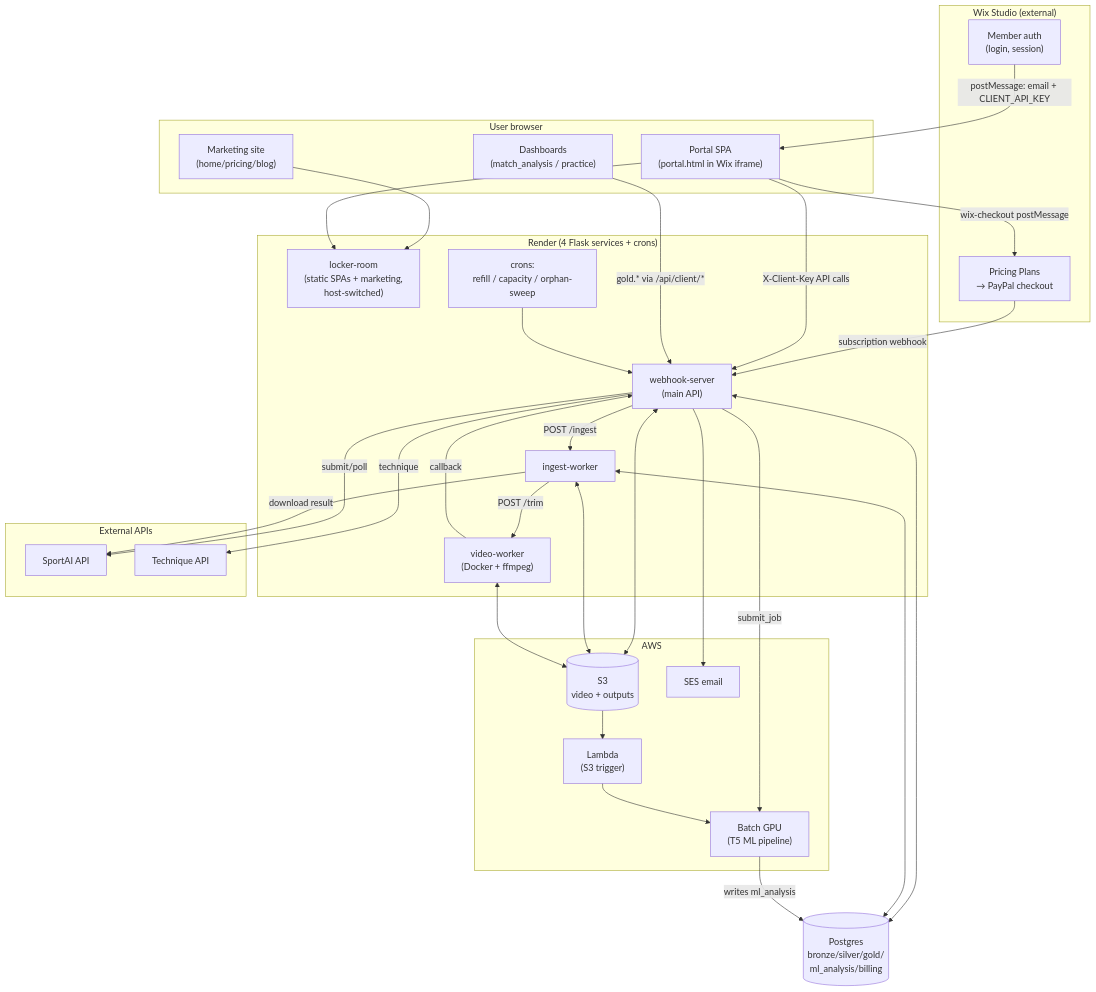
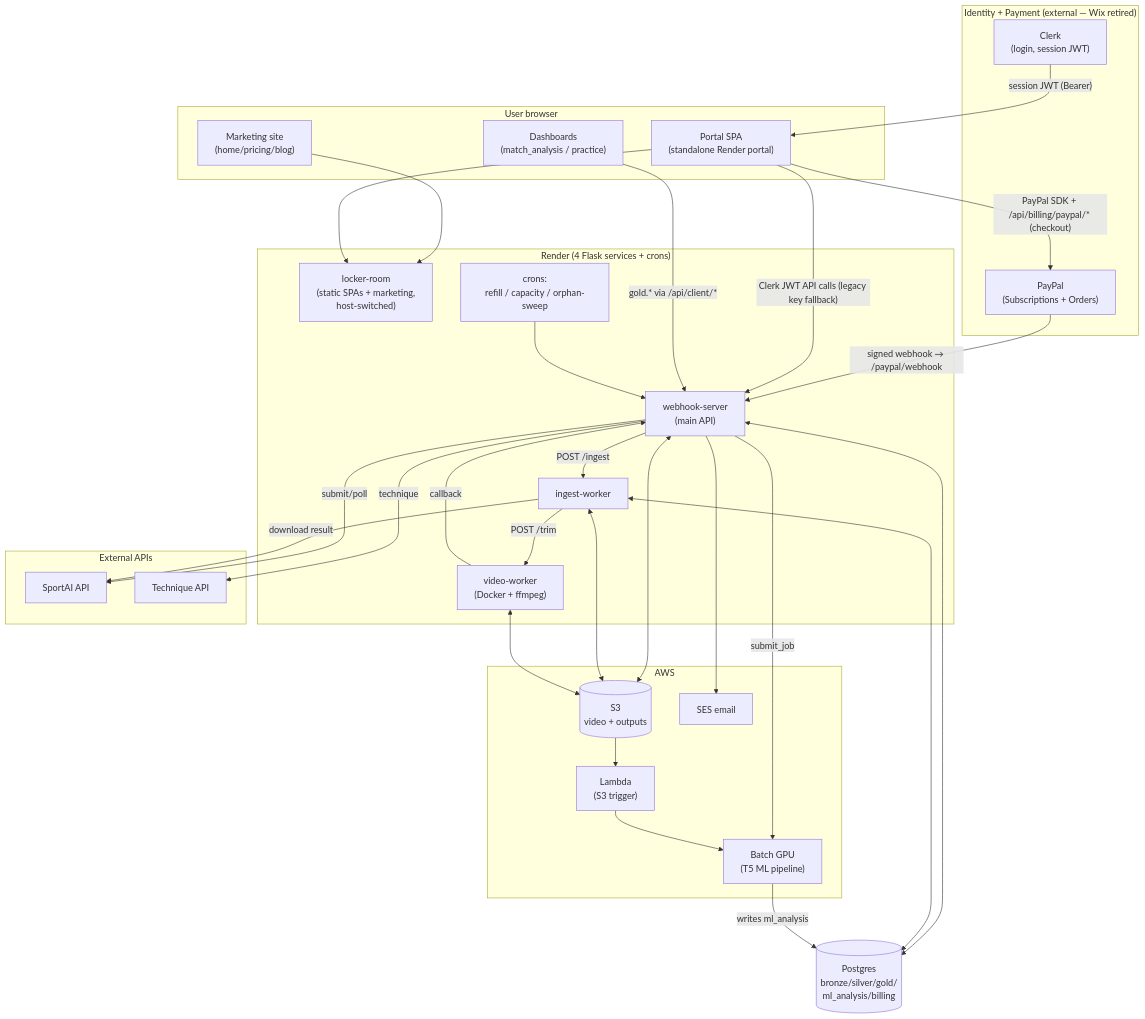
The first of 2 diagrams in ARCHITECTURE.md (NxtPoint/webhook-server), drawn with Mermaid before and after one commit. The commit also changed other lines of this file and 1 other file, not shown here.

Commit message:
docs: update system maps for Clerk+PayPal reality (Wix retired)
The other agent fixed the intros but left the deeper diagram/risk/ownership lines
stale (auth+payment intertwined). With the auth lane done, sweep both:
- ARCHITECTURE.md: component + mermaid diagrams (Clerk auth + PayPal payment, not
  Wix iframe/checkout); risks #6/#10 (Wix dep -> Clerk/PayPal SaaS + webhook-fed sub
  state, no periodic reconcile); 'cannot determine' (PayPal config is ours now).
- DATA-INVENTORY.md: §8 'Wix-held data' -> 'Externally-held (Clerk/PayPal)'; §9
  source-of-truth map (auth->Clerk, payment->PayPal direct, sub state->us);
  subscription_state schema (billing_provider + provider_subscription_id); financial
  + cannot-determine lines.

Wix retained only as the PAYPAL_ENABLED=0 / legacy-key rollback throughout.

````diff
--- a/ARCHITECTURE.md
+++ b/ARCHITECTURE.md
@@ -100,60 +101,60 @@
 ```mermaid
 flowchart TB
     subgraph Browser["User browser"]
         MKT["Marketing site\n(home/pricing/blog)"]
-        PORTAL["Portal SPA\n(portal.html in Wix iframe)"]
+        PORTAL["Portal SPA\n(standalone Render portal)"]
         DASH["Dashboards\n(match_analysis / practice)"]
     end
 
-    subgraph Wix["Wix Studio (external)"]
-        WAUTH["Member auth\n(login, session)"]
-        WPAY["Pricing Plans\n→ PayPal checkout"]
+    subgraph Ident["Identity + Payment (external — Wix retired)"]
+        CLERK["Clerk\n(login, session JWT)"]
+        PP["PayPal\n(Subscriptions + Orders)"]
     end
 
     subgraph Render["Render (4 Flask services + crons)"]
         LR["locker-room\n(static SPAs + marketing,\nhost-switched)"]
         API["webhook-server\n(main API)"]
         IW["ingest-worker"]
         VW["video-worker\n(Docker + ffmpeg)"]
         CRON["crons:\nrefill / capacity / orphan-sweep"]
     end
 
     subgraph AWS["AWS"]
         S3[("S3\nvideo + outputs")]
         BATCH["Batch GPU\n(T5 ML pipeline)"]
         SES["SES email"]
         LAMBDA["Lambda\n(S3 trigger)"]
     end
 
     subgraph Ext["External APIs"]
         SAI["SportAI API"]
         TECH["Technique API"]
     end
 
     PG[("Postgres\nbronze/silver/gold/\nml_analysis/billing")]
 
     MKT --> LR
-    WAUTH -- "postMessage: email + CLIENT_API_KEY" --> PORTAL
-    WPAY -- "subscription webhook" --> API
-    PORTAL -- "wix-checkout postMessage" --> WPAY
+    CLERK -- "session JWT (Bearer)" --> PORTAL
+    PP -- "signed webhook → /paypal/webhook" --> API
+    PORTAL -- "PayPal SDK + /api/billing/paypal/* (checkout)" --> PP
     PORTAL --> LR
-    PORTAL -- "X-Client-Key API calls" --> API
+    PORTAL -- "Clerk JWT API calls (legacy key fallback)" --> API
     DASH -- "gold.* via /api/client/*" --> API
 
     API <--> PG
     IW <--> PG
     API -->|"submit/poll"| SAI
     API -->|"submit_job"| BATCH
     API -->|"technique"| TECH
     API -->|"POST /ingest"| IW
     IW -->|"POST /trim"| VW
     VW -->|"callback"| API
     IW -->|"download result"| SAI
     API --> SES
     S3 --> LAMBDA --> BATCH
     BATCH -->|"writes ml_analysis"| PG
     API <--> S3
     IW <--> S3
     VW <--> S3
     CRON --> API
 ```
````
